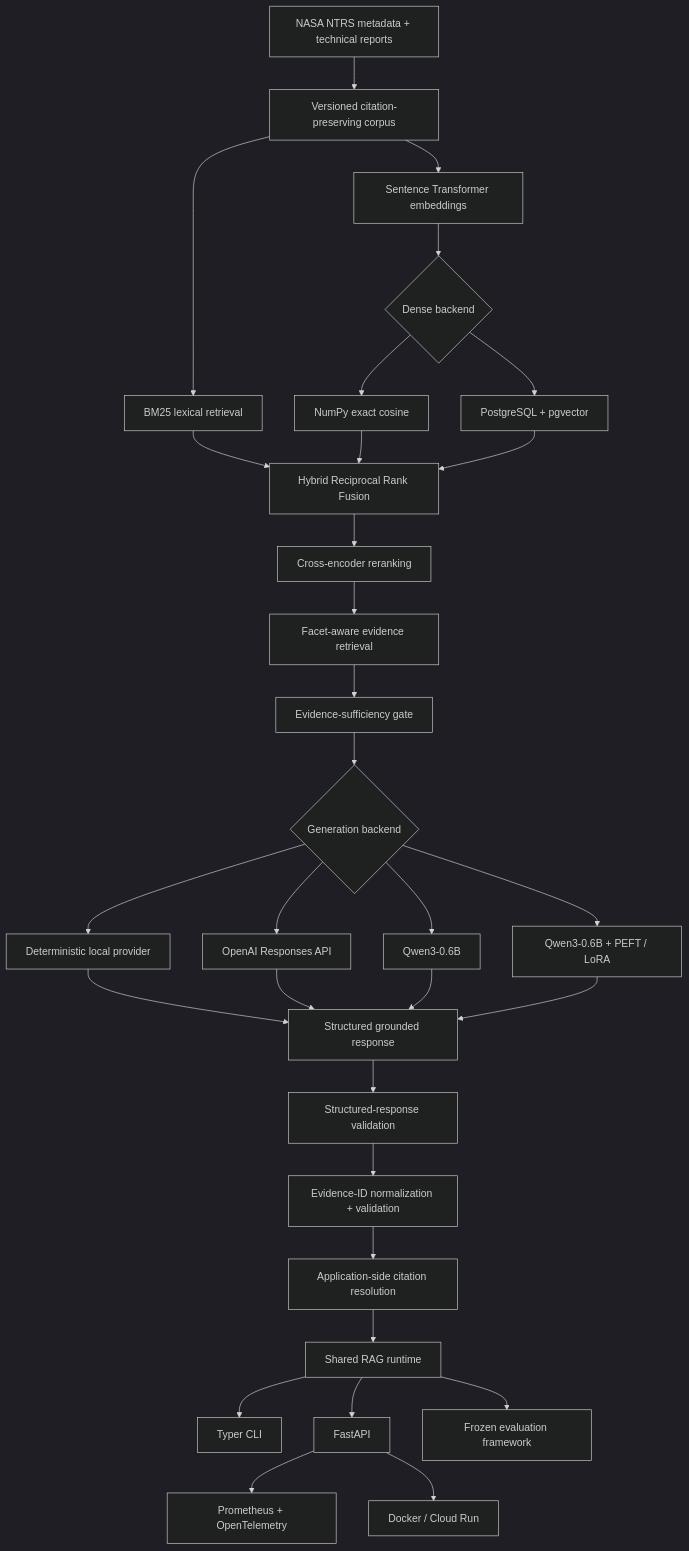
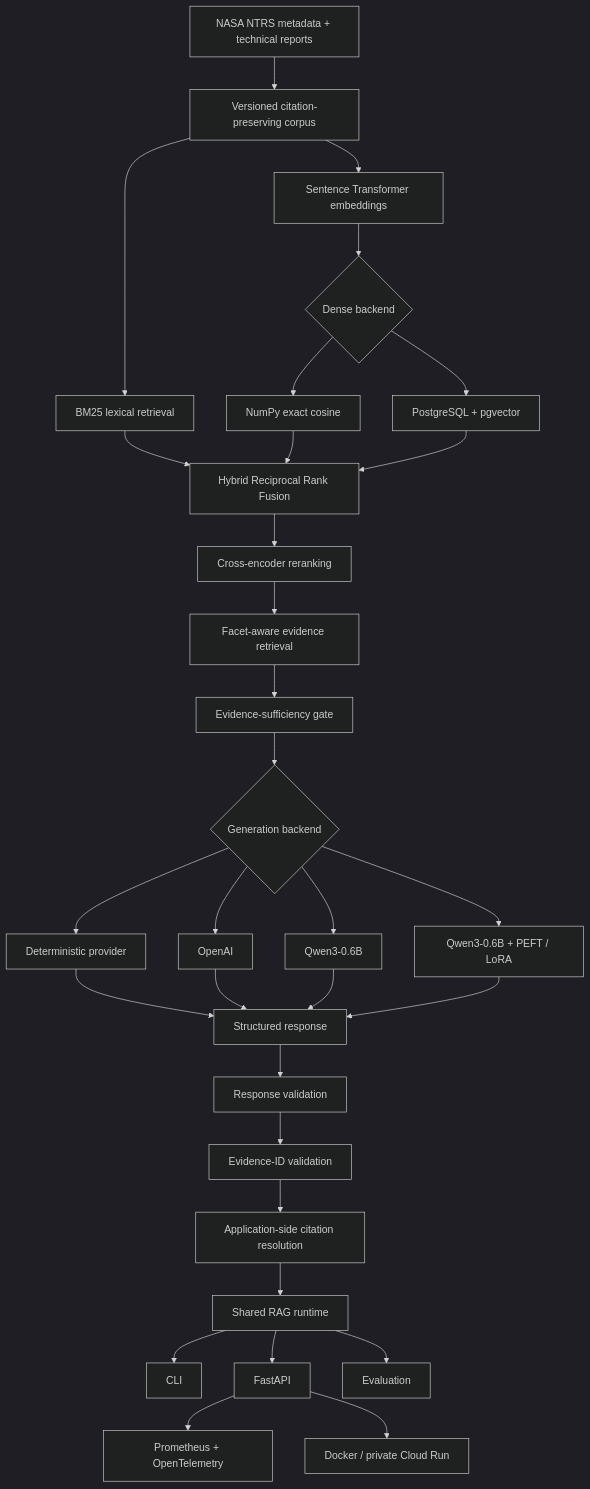
The diagram in README.md (triasha72/AeroRAG-X), drawn with Mermaid (dark theme) before and after one commit. The commit also changed other lines of this file and 1 other file, not shown here.

Commit message:
docs: correct HERO project origin and update roadmap

````diff
--- a/README.md
+++ b/README.md
@@ -64,45 +29,44 @@
 ```mermaid
 flowchart TD
     A["NASA NTRS metadata + technical reports"] --> B["Versioned citation-preserving corpus"]
 
     B --> C["BM25 lexical retrieval"]
     B --> D["Sentence Transformer embeddings"]
 
     D --> E{"Dense backend"}
     E --> F["NumPy exact cosine"]
     E --> G["PostgreSQL + pgvector"]
 
     C --> H["Hybrid Reciprocal Rank Fusion"]
     F --> H
     G --> H
 
     H --> I["Cross-encoder reranking"]
     I --> J["Facet-aware evidence retrieval"]
     J --> K["Evidence-sufficiency gate"]
 
     K --> L{"Generation backend"}
 
-    L --> M["Deterministic local provider"]
-    L --> N["OpenAI Responses API"]
+    L --> M["Deterministic provider"]
+    L --> N["OpenAI"]
     L --> O["Qwen3-0.6B"]
     L --> P["Qwen3-0.6B + PEFT / LoRA"]
 
-    M --> Q["Structured grounded response"]
+    M --> Q["Structured response"]
     N --> Q
     O --> Q
     P --> Q
 
-    Q --> R["Structured-response validation"]
-    R --> S["Evidence-ID normalization + validation"]
+    Q --> R["Response validation"]
+    R --> S["Evidence-ID validation"]
     S --> T["Application-side citation resolution"]
 
     T --> U["Shared RAG runtime"]
 
-    U --> V["Typer CLI"]
+    U --> V["CLI"]
     U --> W["FastAPI"]
+    U --> X["Evaluation"]
 
-    W --> X["Prometheus + OpenTelemetry"]
-    W --> Y["Docker / Cloud Run"]
-
-    U --> Z["Frozen evaluation framework"]
+    W --> Y["Prometheus + OpenTelemetry"]
+    W --> Z["Docker / private Cloud Run"]
 ```
````
